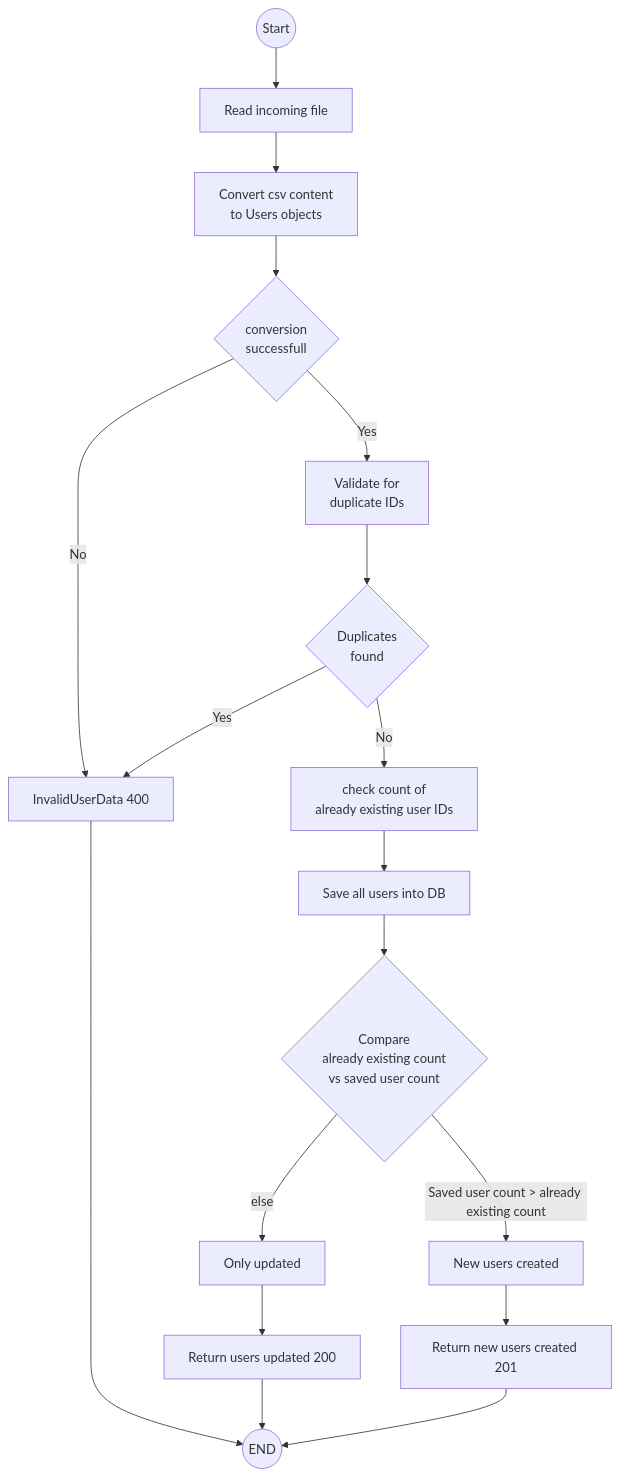
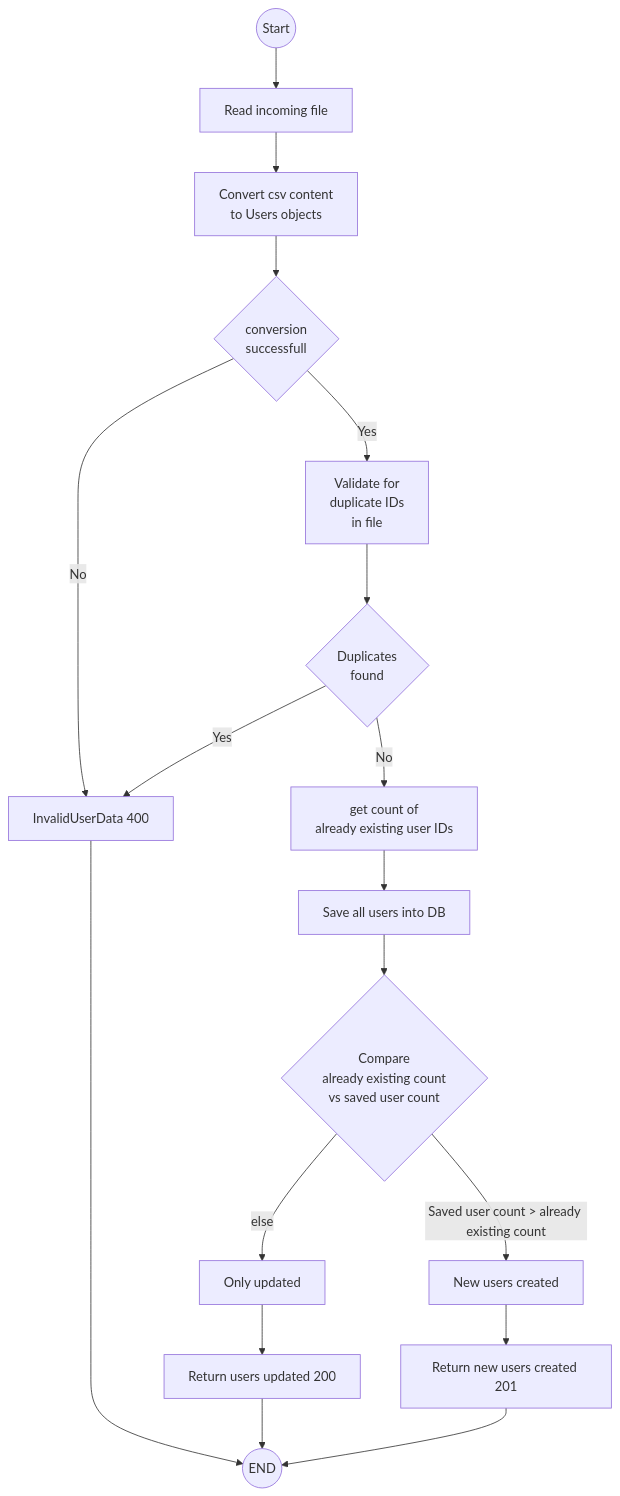
The diagram in README.md (IsuruSiriwardana/employee-salary-management), drawn with Mermaid before and after one commit. The commit also changed other lines of this file and 5 other files, not shown here.

````diff
--- a/README.md
+++ b/README.md
@@ -55,21 +55,21 @@
 ```mermaid
 graph TD
     A((Start)) --> B[Read incoming file]
     B --> C[Convert csv content <br> to Users objects]
     C --> D{conversion<br> successfull}
     D --> |No| E[InvalidUserData 400]
-    D --> |Yes| F[Validate for <br> duplicate IDs]
+    D --> |Yes| F[Validate for <br> duplicate IDs <br> in file]
     F --> G{Duplicates <br> found}
     G --> |Yes|E
-    G --> |No| H[check count of <br> already existing user IDs]
+    G --> |No| H[get count of <br> already existing user IDs]
     H --> I[Save all users into DB]
     I --> J{Compare <br>already existing count <br> vs saved user count}
     J --> |Saved user count > already existing count| K[New users created]  
     J --> |else| L[Only updated]
     K --> M[Return new users created 201]
     L --> N[Return users updated 200]
     E --> O((END))
     N --> O
     M --> O
-
+    
 ```
````
